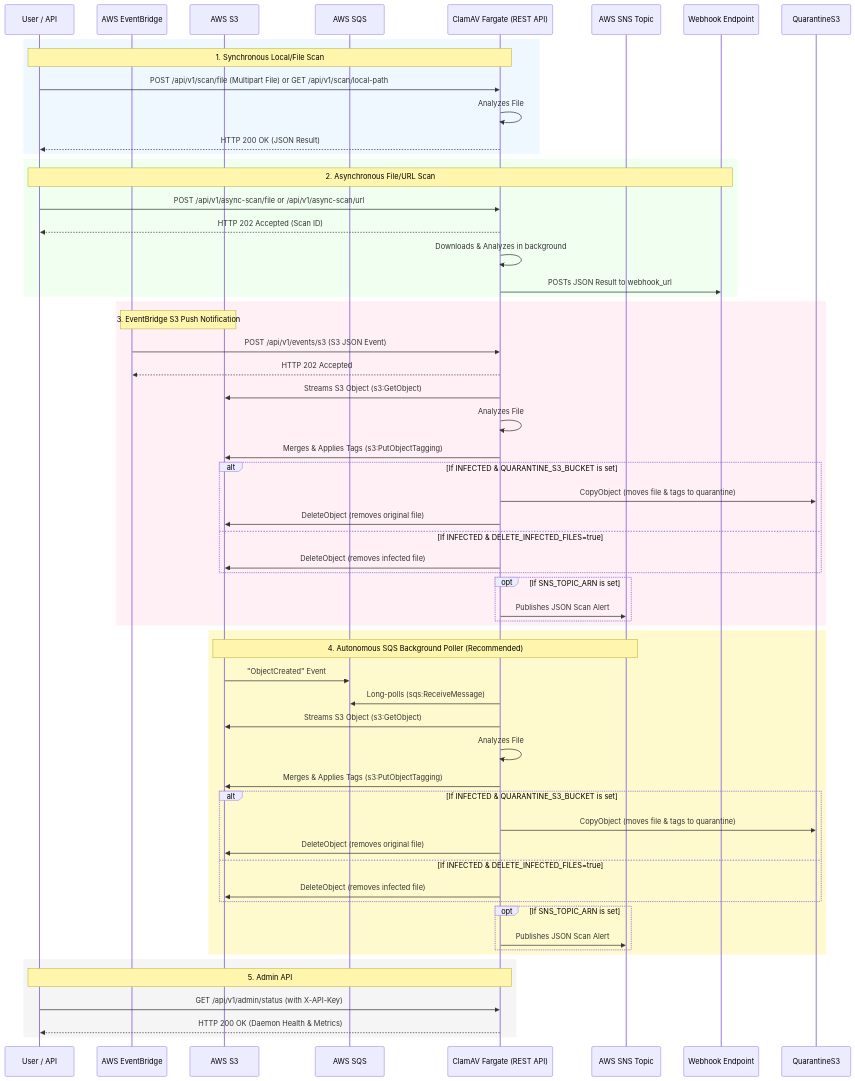
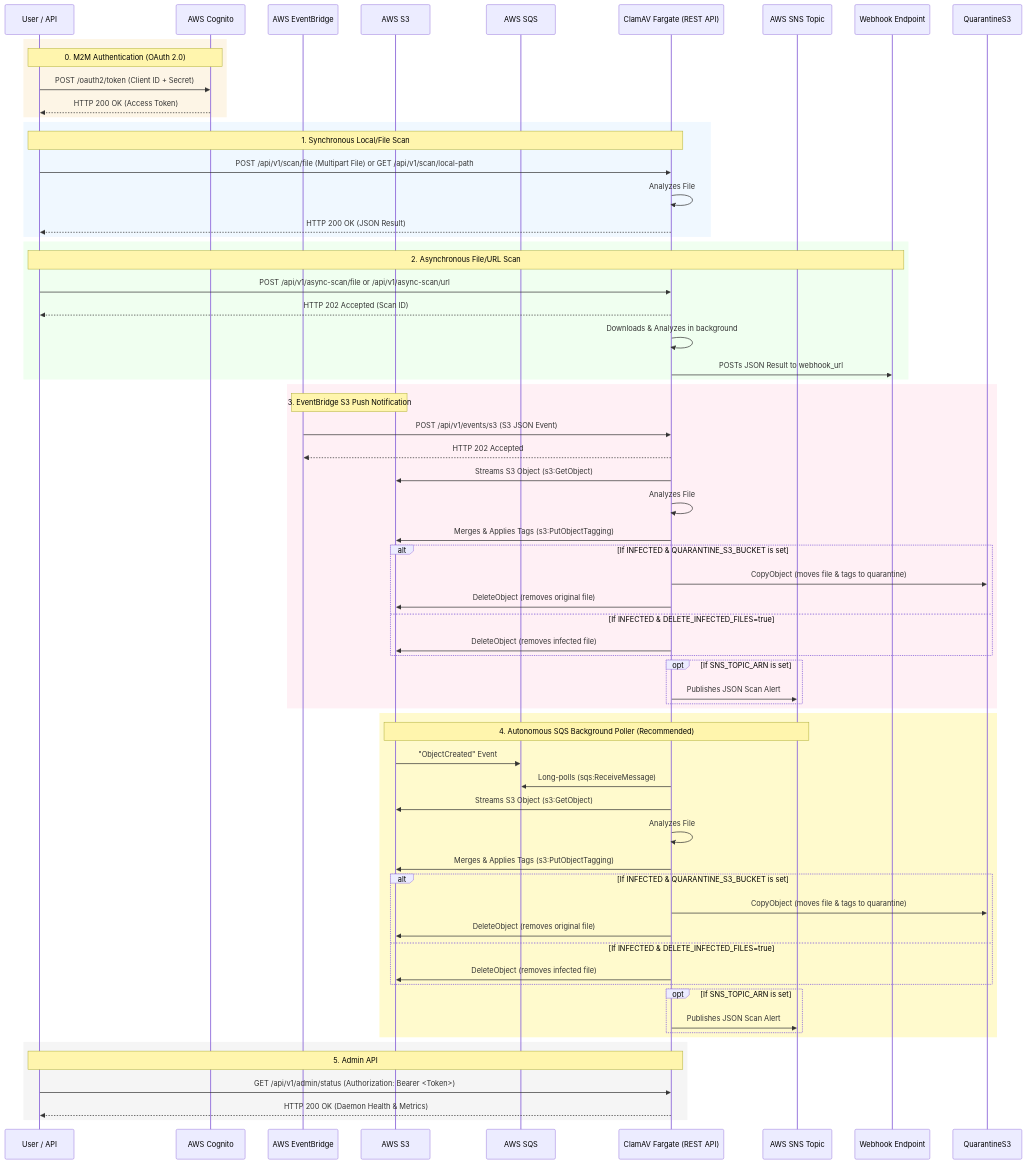
Before and after one commit to amithalder21/clamav-restapi: the diagram in README.md, drawn with Mermaid.

Commit message:
docs: update sequence diagram with AWS Cognito M2M auth flow

````diff
--- a/README.md
+++ b/README.md
@@ -37,72 +37,80 @@
 ```mermaid
 sequenceDiagram
     participant Client as User / API
+    participant Cognito as AWS Cognito
     participant EventBridge as AWS EventBridge
     participant S3 as AWS S3
     participant SQS as AWS SQS
     participant ClamAV as ClamAV Fargate (REST API)
     participant SNS as AWS SNS Topic
     participant Webhook as Webhook Endpoint
+
+    %% 0. M2M Authentication (Client Credentials Grant)
+    rect rgb(253, 245, 230)
+        Note over Client, Cognito: 0. M2M Authentication (OAuth 2.0)
+        Client->>Cognito: POST /oauth2/token (Client ID + Secret)
+        Cognito-->>Client: HTTP 200 OK (Access Token)
+    end
 
     %% 1. Synchronous Scan
     rect rgb(240, 248, 255)
         Note over Client, ClamAV: 1. Synchronous Local/File Scan
         Client->>ClamAV: POST /api/v1/scan/file (Multipart File) or GET /api/v1/scan/local-path
         ClamAV->>ClamAV: Analyzes File
         ClamAV-->>Client: HTTP 200 OK (JSON Result)
     end
 
     %% 2. Asynchronous Scan
     rect rgb(240, 255, 240)
         Note over Client, Webhook: 2. Asynchronous File/URL Scan
         Client->>ClamAV: POST /api/v1/async-scan/file or /api/v1/async-scan/url
         ClamAV-->>Client: HTTP 202 Accepted (Scan ID)
         ClamAV->>ClamAV: Downloads & Analyzes in background
         ClamAV->>Webhook: POSTs JSON Result to webhook_url
     end
 
     %% 3. Event-Driven S3 Push (EventBridge)
     rect rgb(255, 240, 245)
         Note over EventBridge, S3: 3. EventBridge S3 Push Notification
         EventBridge->>ClamAV: POST /api/v1/events/s3 (S3 JSON Event)
         ClamAV-->>EventBridge: HTTP 202 Accepted
         ClamAV->>S3: Streams S3 Object (s3:GetObject)
         ClamAV->>ClamAV: Analyzes File
         ClamAV->>S3: Merges & Applies Tags (s3:PutObjectTagging)
         alt If INFECTED & QUARANTINE_S3_BUCKET is set
             ClamAV->>QuarantineS3: CopyObject (moves file & tags to quarantine)
             ClamAV->>S3: DeleteObject (removes original file)
         else If INFECTED & DELETE_INFECTED_FILES=true
             ClamAV->>S3: DeleteObject (removes infected file)
         end
         opt If SNS_TOPIC_ARN is set
             ClamAV->>SNS: Publishes JSON Scan Alert
         end
     end
 
     %% 4. Event-Driven SQS Pull (Autonomous)
     rect rgb(255, 250, 205)
         Note over S3, SNS: 4. Autonomous SQS Background Poller (Recommended)
         S3->>SQS: "ObjectCreated" Event
         ClamAV->>SQS: Long-polls (sqs:ReceiveMessage)
         ClamAV->>S3: Streams S3 Object (s3:GetObject)
         ClamAV->>ClamAV: Analyzes File
         ClamAV->>S3: Merges & Applies Tags (s3:PutObjectTagging)
         alt If INFECTED & QUARANTINE_S3_BUCKET is set
             ClamAV->>QuarantineS3: CopyObject (moves file & tags to quarantine)
             ClamAV->>S3: DeleteObject (removes original file)
         else If INFECTED & DELETE_INFECTED_FILES=true
             ClamAV->>S3: DeleteObject (removes infected file)
         end
         opt If SNS_TOPIC_ARN is set
             ClamAV->>SNS: Publishes JSON Scan Alert
         end
     end
 
     %% 5. Admin API
     rect rgb(245, 245, 245)
         Note over Client, ClamAV: 5. Admin API
-        Client->>ClamAV: GET /api/v1/admin/status (with X-API-Key)
+        Client->>ClamAV: GET /api/v1/admin/status (Authorization: Bearer <Token>)
         ClamAV-->>Client: HTTP 200 OK (Daemon Health & Metrics)
     end
 ```
````
